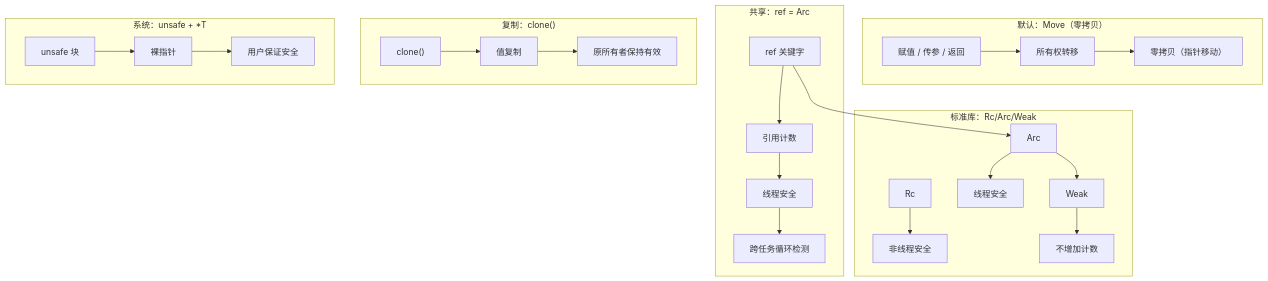
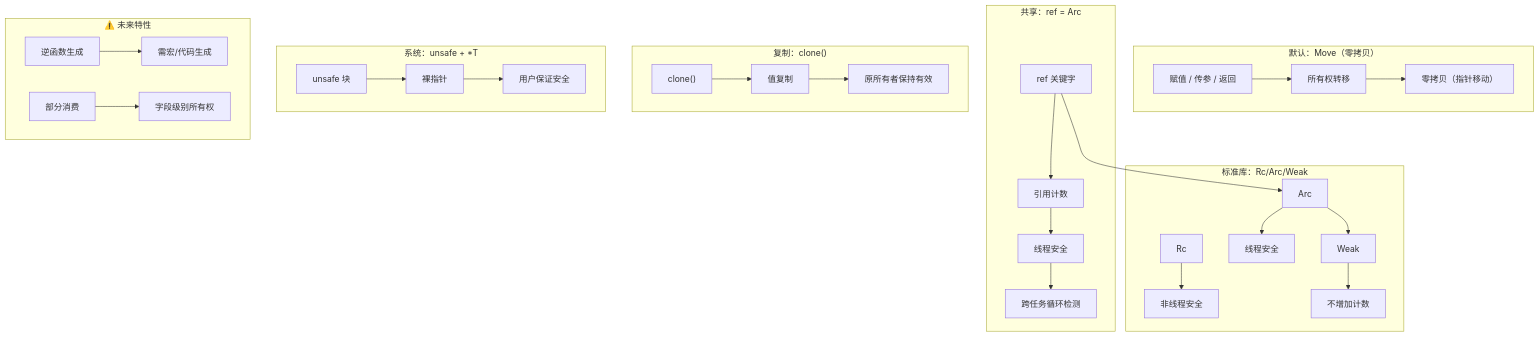
The diagram in docs/design/accepted/009-ownership-model.md (ChenXu233/YaoXiang), drawn with Mermaid before and after one commit. The commit also changed other lines of this file and 2 other files, not shown here.

````diff
--- a/docs/design/accepted/009-ownership-model.md
+++ b/docs/design/accepted/009-ownership-model.md
@@ -122,29 +129,34 @@
 ```mermaid
 flowchart TB
     subgraph 默认["默认：Move（零拷贝）"]
         A1["赋值 / 传参 / 返回"] --> A2["所有权转移"]
         A2 --> A3["零拷贝（指针移动）"]
     end
 
     subgraph 共享["共享：ref = Arc"]
         B1["ref 关键字"] --> B2["引用计数"]
         B2 --> B3["线程安全"]
         B3 --> B4["跨任务循环检测"]
     end
 
     subgraph 复制["复制：clone()"]
         C1["clone()"] --> C2["值复制"]
         C2 --> C3["原所有者保持有效"]
     end
 
     subgraph 标准库["标准库：Rc/Arc/Weak"]
         D1["Rc"] --> D2["非线程安全"]
         B1 --> D3["Arc"] --> D4["线程安全"]
         D3 --> D5["Weak"] --> D6["不增加计数"]
     end
 
     subgraph 系统["系统：unsafe + *T"]
         E1["unsafe 块"] --> E2["裸指针"]
         E2 --> E3["用户保证安全"]
     end
+
+    subgraph 未来["⚠️ 未来特性"]
+        F1["逆函数生成"] --> F2["需宏/代码生成"]
+        F3["部分消费"] --> F4["字段级别所有权"]
+    end
 ```
````
